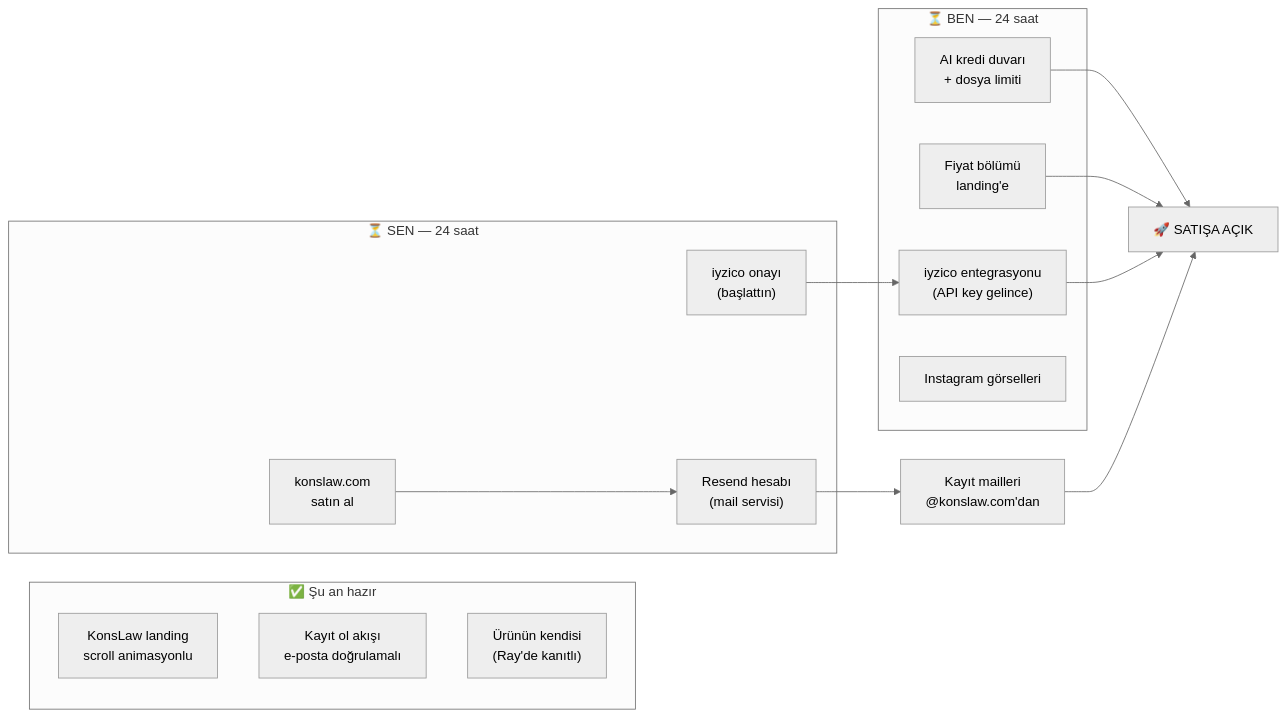
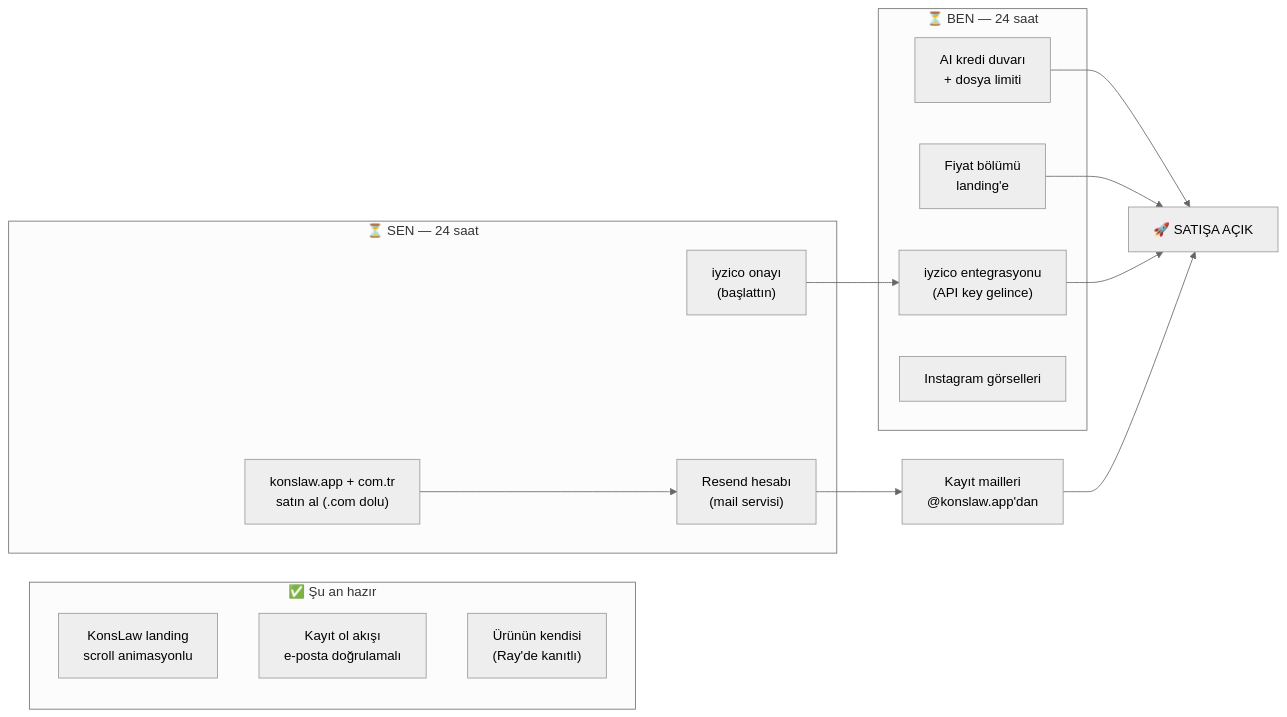
One commit to vlknberkan-lang/konsrucu changed the first of 2 diagrams in docs/24-saat-satis-plani.md. Above: the diagram before and after it, drawn with Mermaid (neutral theme). The commit also changed other lines of this file, not shown here.

Commit message:
Satış planı: domain araştırması (RDAP) — konslaw.com dolu, birincil konslaw.app

````diff
--- a/docs/24-saat-satis-plani.md
+++ b/docs/24-saat-satis-plani.md
@@ -11,26 +11,26 @@
 ```mermaid
 flowchart LR
   subgraph HAZIR["✅ Şu an hazır"]
     A["KonsLaw landing<br/>scroll animasyonlu"]
     B["Kayıt ol akışı<br/>e-posta doğrulamalı"]
     C["Ürünün kendisi<br/>(Ray'de kanıtlı)"]
   end
   subgraph SEN24["⏳ SEN — 24 saat"]
     D["iyzico onayı<br/>(başlattın)"]
-    E["konslaw.com<br/>satın al"]
+    E["konslaw.app + com.tr<br/>satın al (.com dolu)"]
     F["Resend hesabı<br/>(mail servisi)"]
   end
   subgraph BEN24["⏳ BEN — 24 saat"]
     G["AI kredi duvarı<br/>+ dosya limiti"]
     H["Fiyat bölümü<br/>landing'e"]
     I["iyzico entegrasyonu<br/>(API key gelince)"]
     J["Instagram görselleri"]
   end
   D --> I
   E --> F
-  F --> K["Kayıt mailleri<br/>@konslaw.com'dan"]
+  F --> K["Kayıt mailleri<br/>@konslaw.app'dan"]
   G --> SATIS["🚀 SATIŞA AÇIK"]
   H --> SATIS
   I --> SATIS
   K --> SATIS
 ```
````
